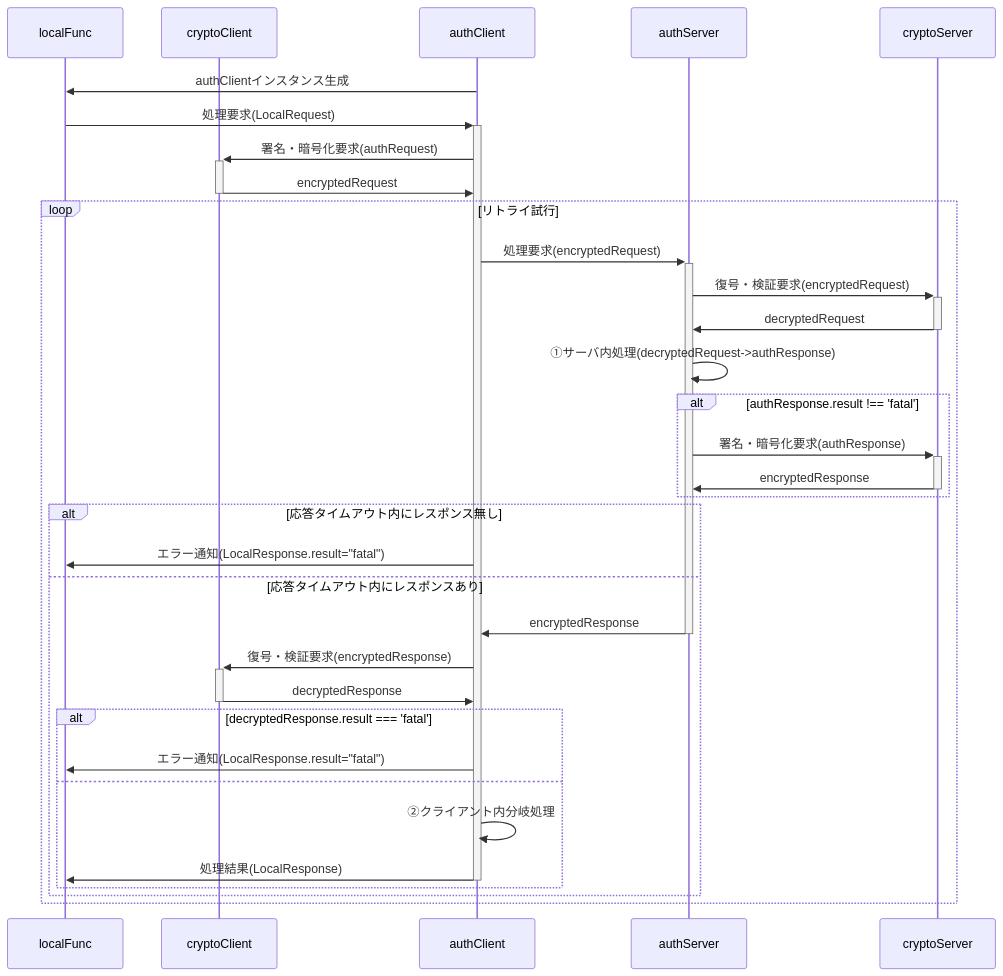
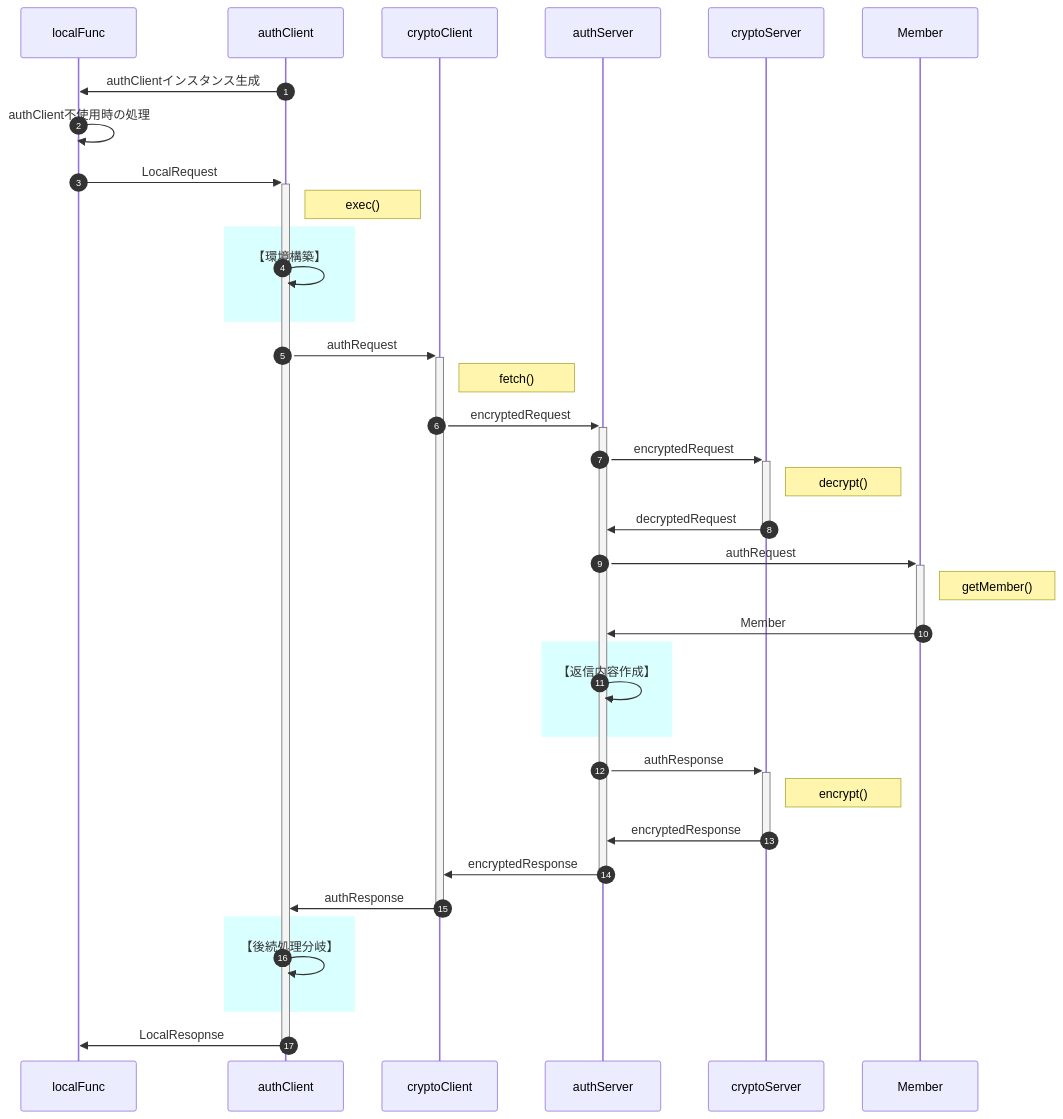
Before and after one commit to nakaone/library: the diagram in underDev/Auth/doc/spec.md, drawn with Mermaid. The commit also changed other lines of this file and 18 other files, not shown here.

````diff
--- a/underDev/Auth/doc/spec.md
+++ b/underDev/Auth/doc/spec.md
@@ -56,46 +60,62 @@
 ```mermaid
 sequenceDiagram
+  autonumber
   %%actor user
   participant localFunc
   %%participant clientMail
-  participant cryptoClient
   %%participant IndexedDB
   participant authClient
+  participant cryptoClient
   participant authServer
-  %%participant memberList
   participant cryptoServer
+  participant Member
   %%participant serverFunc
   %%actor admin
 
+  %% インスタンス生成時処理：authClientConfig読み込み、IndexedDB読み込み、pvへの保存
   authClient->>localFunc: authClientインスタンス生成
-  localFunc->>+authClient: 処理要求(LocalRequest)
-  authClient->>+cryptoClient: 署名・暗号化要求(authRequest)
-  cryptoClient->>-authClient: encryptedRequest
 
-  loop リトライ試行
-    authClient->>+authServer: 処理要求(encryptedRequest)
-    authServer->>+cryptoServer: 復号・検証要求(encryptedRequest)
-    cryptoServer->>-authServer: decryptedRequest
-    authServer->>authServer: ①サーバ内処理(decryptedRequest->authResponse)
-    alt authResponse.result !== 'fatal'
-      authServer->>+cryptoServer: 署名・暗号化要求(authResponse)
-      cryptoServer->>-authServer: encryptedResponse
-    end
+  localFunc->>localFunc: authClient不使用時の処理
+  localFunc->>+authClient: LocalRequest
+  Note right of authClient: exec()
 
-    alt 応答タイムアウト内にレスポンス無し
-      authClient->>localFunc: エラー通知(LocalResponse.result="fatal")
-    else 応答タイムアウト内にレスポンスあり
-      authServer->>-authClient: encryptedResponse
+  %% 環境構築(SPkey要求)
+  rect rgba(218, 255, 255, 1)
+    authClient->>authClient: 【環境構築】
+  end
 
-      authClient->>+cryptoClient: 復号・検証要求(encryptedResponse)
-      cryptoClient->>-authClient: decryptedResponse
+  %% 処理要求
+  authClient->>+cryptoClient: authRequest
+  Note right of cryptoClient: fetch()
 
-      alt decryptedResponse.result === 'fatal'
-        authClient->>localFunc: エラー通知(LocalResponse.result="fatal")
-      else
-        authClient->>authClient: ②クライアント内分岐処理
-        authClient->>-localFunc: 処理結果(LocalResponse)
-      end
-    end
+  cryptoClient->>+authServer: encryptedRequest
+
+  authServer->>+cryptoServer: encryptedRequest
+  Note right of cryptoServer: decrypt()
+  cryptoServer->>-authServer: decryptedRequest
+
+  authServer->>+Member: authRequest
+  Note right of Member: getMember()
+  Member->>-authServer: Member
+
+  rect rgba(218, 255, 255, 1)
+    authServer->>authServer: 【返信内容作成】
   end
+
+  authServer->>+cryptoServer: authResponse
+  Note right of cryptoServer: encrypt()
+  cryptoServer->>-authServer: encryptedResponse
+
+  authServer->>-cryptoClient: encryptedResponse
+  cryptoClient->>-authClient: authResponse
+
+  rect rgba(218, 255, 255, 1)
+    authClient->>authClient: 【後続処理分岐】
+  end
+
+  %% 新規登録要求
+  %% パスコード入力
+  %% パスコード再発行
+
+  authClient->>-localFunc: LocalResopnse
 ```
````
